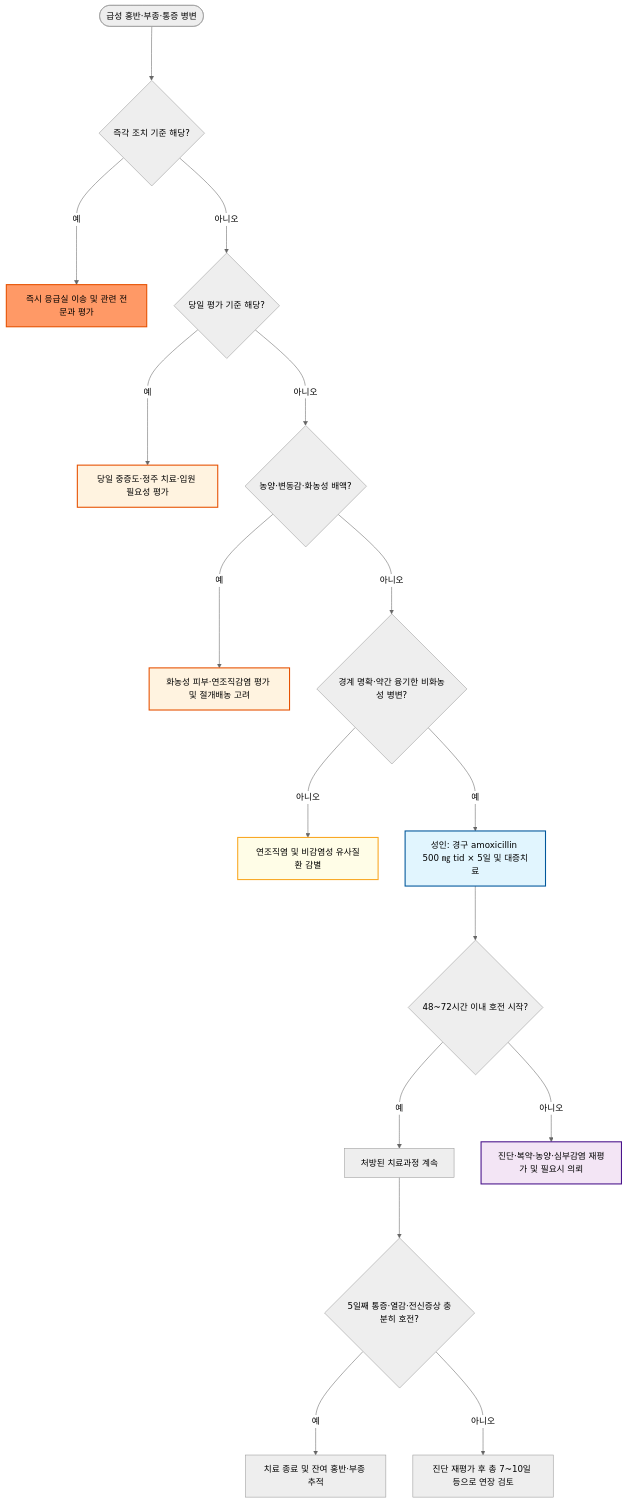
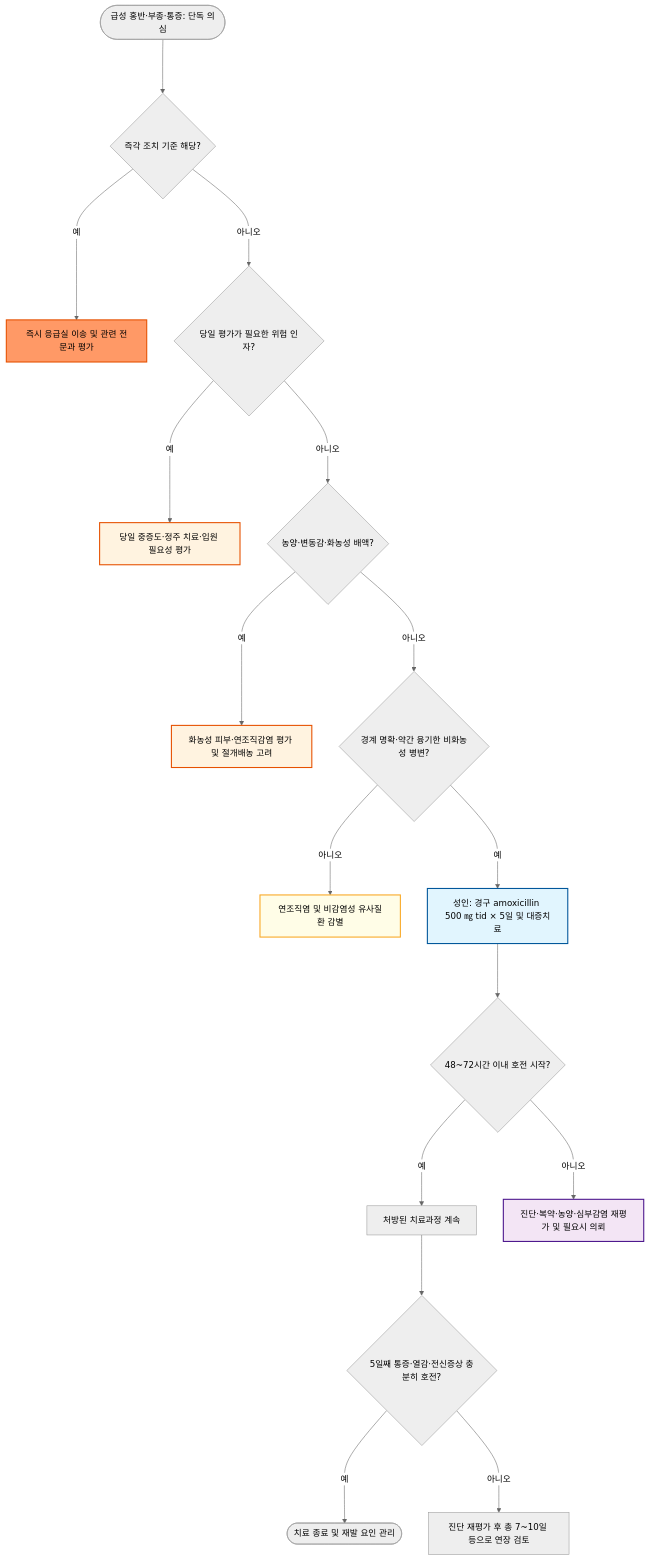
Before and after one commit to familyoh77/familyoh77: the diagram in 229_/168_-erysipelas.md, drawn with Mermaid (neutral theme). The commit also changed other lines of this file and 20 other files, not shown here.

````diff
--- a/229_/168_-erysipelas.md
+++ b/229_/168_-erysipelas.md
@@ -110,25 +114,25 @@
 ```mermaid
 graph TD
-    Start(["급성 홍반·부종·통증 병변"]) ---> Q1{"즉각 조치 기준 해당?"}
+    Start(["급성 홍반·부종·통증: 단독 의심"]) ---> Q1{"즉각 조치 기준 해당?"}
     Q1 -- 예 ---> ER["즉시 응급실 이송 및 관련 전문과 평가"]
-    Q1 -- 아니오 ---> Q2{"당일 평가 기준 해당?"}
+    Q1 -- 아니오 ---> Q2{"당일 평가가 필요한 위험 인자?"}
     Q2 -- 예 ---> Refer["당일 중증도·정주 치료·입원 필요성 평가"]
     Q2 -- 아니오 ---> Q3{"농양·변동감·화농성 배액?"}
     Q3 -- 예 ---> Purulent["화농성 피부·연조직감염 평가 및 절개배농 고려"]
     Q3 -- 아니오 ---> QDx{"경계 명확·약간 융기한 비화농성 병변?"}
     QDx -- 아니오 ---> Mimic["연조직염 및 비감염성 유사질환 감별"]
     QDx -- 예 ---> Outpt["성인: 경구 amoxicillin 500 ㎎ tid × 5일 및 대증치료"]
     Outpt ---> Reassess{"48~72시간 이내 호전 시작?"}
     Reassess -- 예 ---> Continue["처방된 치료과정 계속"]
     Reassess -- 아니오 ---> Refer2["진단·복약·농양·심부감염 재평가 및 필요시 의뢰"]
     Continue ---> Day5{"5일째 통증·열감·전신증상 충분히 호전?"}
-    Day5 -- 예 ---> Complete["치료 종료 및 잔여 홍반·부종 추적"]
+    Day5 -- 예 ---> Complete(["치료 종료 및 재발 요인 관리"])
     Day5 -- 아니오 ---> Extend["진단 재평가 후 총 7~10일 등으로 연장 검토"]
 
     style ER fill:#f96,stroke:#e65100,stroke-width:2px
     style Refer fill:#fff3e0,stroke:#e65100,stroke-width:2px
     style Purulent fill:#fff3e0,stroke:#e65100,stroke-width:2px
     style Mimic fill:#fffde7,stroke:#f9a825,stroke-width:2px
     style Outpt fill:#e1f5fe,stroke:#01579b,stroke-width:2px
     style Refer2 fill:#f3e5f5,stroke:#4a148c,stroke-width:2px
 ```
````
